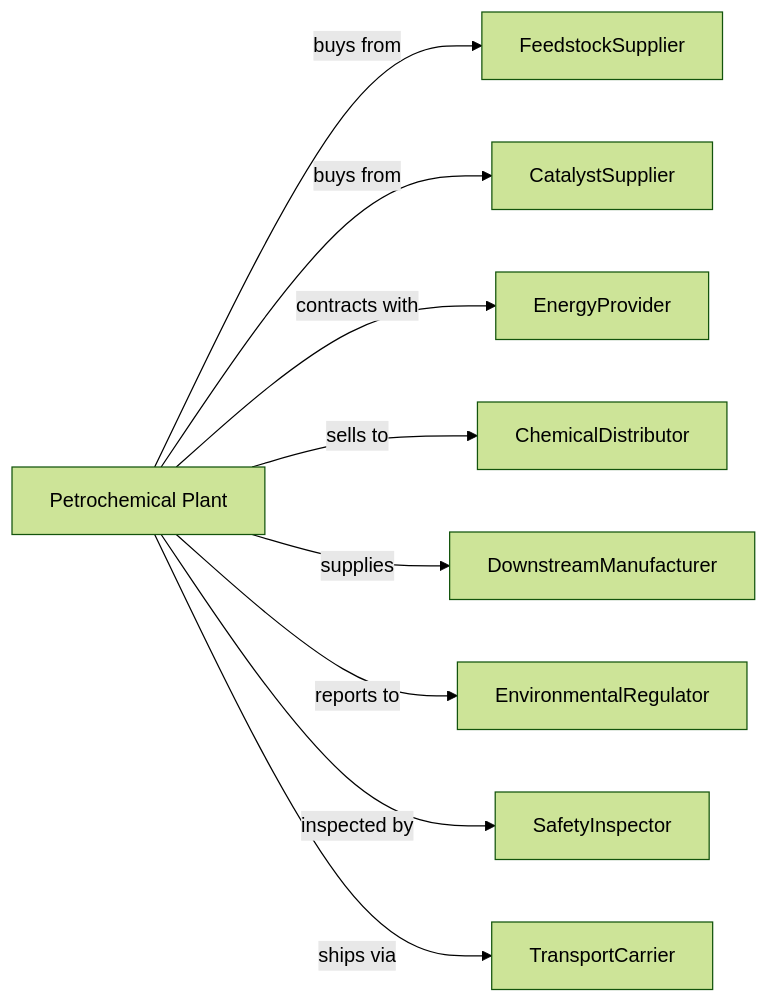
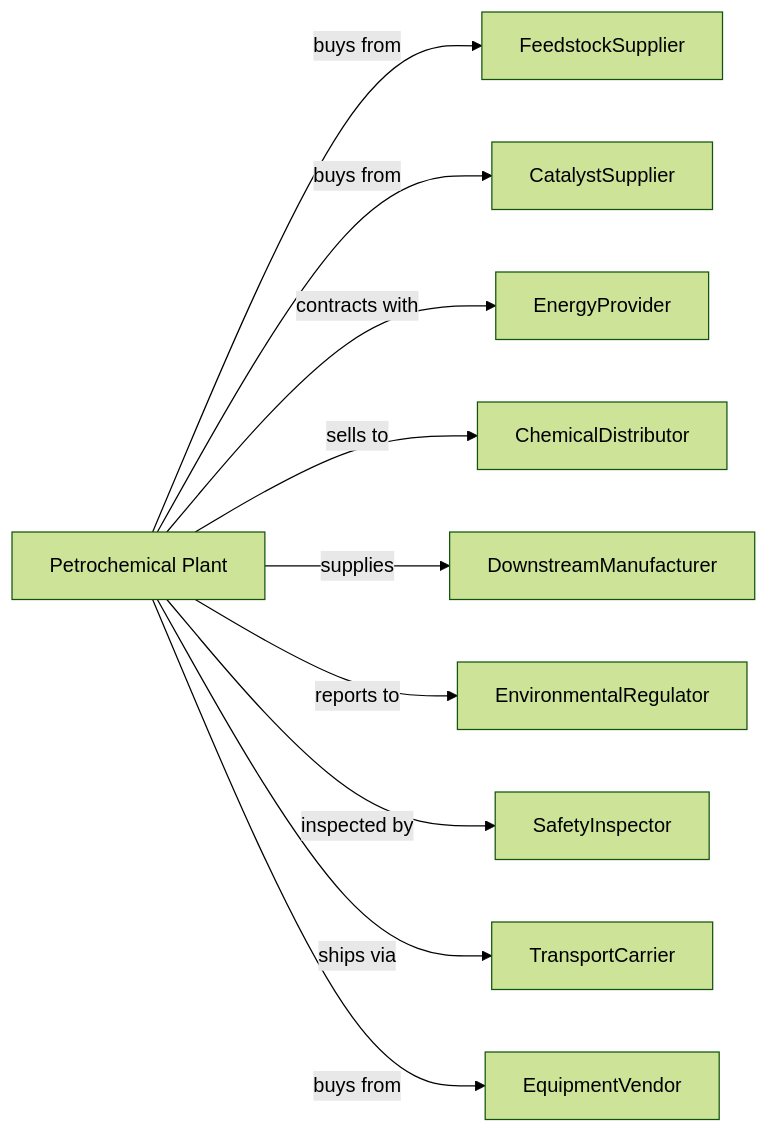
Before and after one commit to dot-org-ai/industries.org.ai: the second of 2 diagrams in Manufacturing/ChemicalManufacturing/BasicChemicalManufacturing/PetrochemicalManufacturing.mdx, drawn with Mermaid (forest theme). The commit also changed other lines of this file and 588 other files, not shown here.

````diff
--- a/Manufacturing/ChemicalManufacturing/BasicChemicalManufacturing/PetrochemicalManufacturing.mdx
+++ b/Manufacturing/ChemicalManufacturing/BasicChemicalManufacturing/PetrochemicalManufacturing.mdx
@@ -128,13 +128,14 @@
 ```mermaid
 graph LR
     P[Petrochemical Plant]
 
     P -->|buys from| FeedstockSupplier
     P -->|buys from| CatalystSupplier
     P -->|contracts with| EnergyProvider
     P -->|sells to| ChemicalDistributor
     P -->|supplies| DownstreamManufacturer
     P -->|reports to| EnvironmentalRegulator
     P -->|inspected by| SafetyInspector
     P -->|ships via| TransportCarrier
+    P -->|buys from| EquipmentVendor
 ```
````
